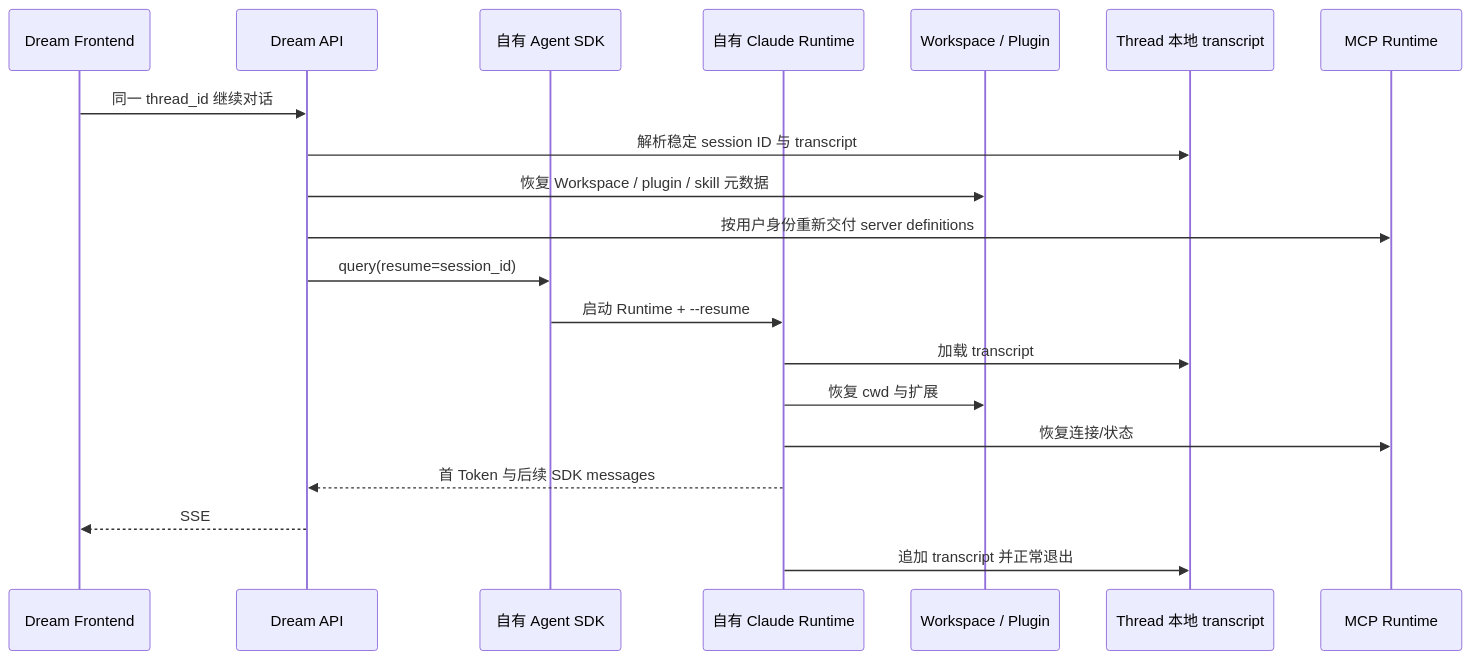
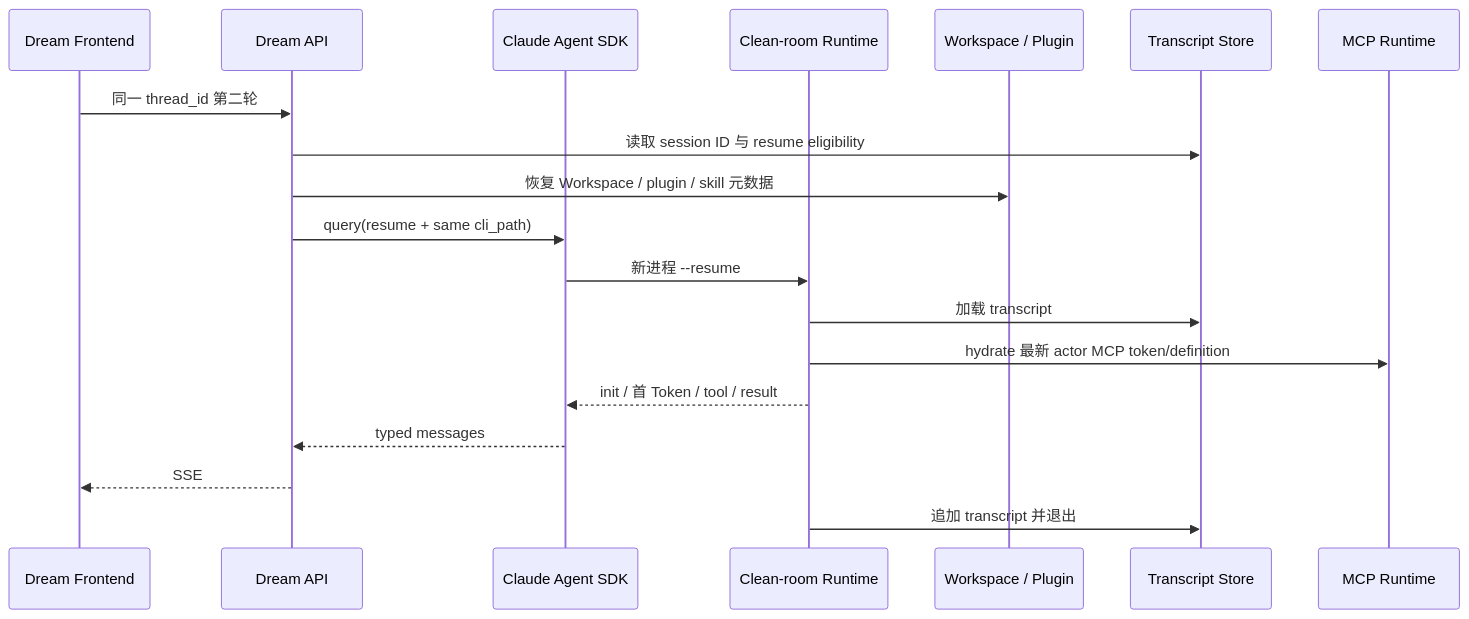
The third of 4 diagrams in docs/architecture/项目架构设计说明.md (glide-the/im-dream), drawn with Mermaid before and after one commit. The commit also changed other lines of this file and 17 other files, not shown here.

Commit message:
feat: adopt published Claude SDK and Runtime

````diff
--- a/docs/architecture/项目架构设计说明.md
+++ b/docs/architecture/项目架构设计说明.md
@@ -279,23 +307,21 @@
 ```mermaid
 sequenceDiagram
     participant FE as Dream Frontend
     participant API as Dream API
-    participant SDK as 自有 Agent SDK
-    participant RT as 自有 Claude Runtime
+    participant SDK as Claude Agent SDK
+    participant RT as Clean-room Runtime
     participant WS as Workspace / Plugin
-    participant TS as Thread 本地 transcript
+    participant TS as Transcript Store
     participant MCP as MCP Runtime
-
-    FE->>API: 同一 thread_id 继续对话
-    API->>TS: 解析稳定 session ID 与 transcript
+    FE->>API: 同一 thread_id 第二轮
+    API->>TS: 读取 session ID 与 resume eligibility
     API->>WS: 恢复 Workspace / plugin / skill 元数据
-    API->>MCP: 按用户身份重新交付 server definitions
-    API->>SDK: query(resume=session_id)
-    SDK->>RT: 启动 Runtime + --resume
+    API->>SDK: query(resume + same cli_path)
+    SDK->>RT: 新进程 --resume
     RT->>TS: 加载 transcript
-    RT->>WS: 恢复 cwd 与扩展
-    RT->>MCP: 恢复连接/状态
-    RT-->>API: 首 Token 与后续 SDK messages
+    RT->>MCP: hydrate 最新 actor MCP token/definition
+    RT-->>SDK: init / 首 Token / tool / result
+    SDK-->>API: typed messages
     API-->>FE: SSE
-    RT->>TS: 追加 transcript 并正常退出
+    RT->>TS: 追加 transcript 并退出
 ```
````
